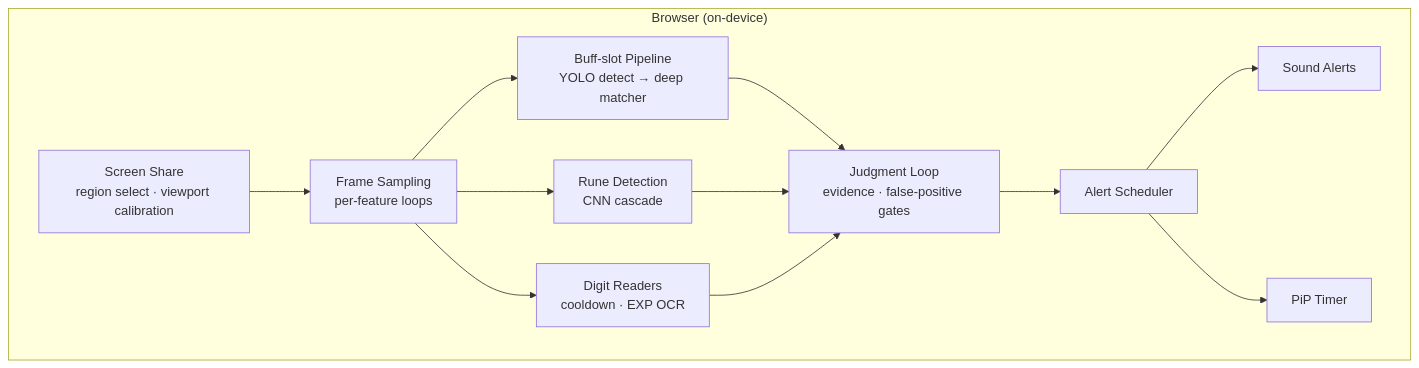
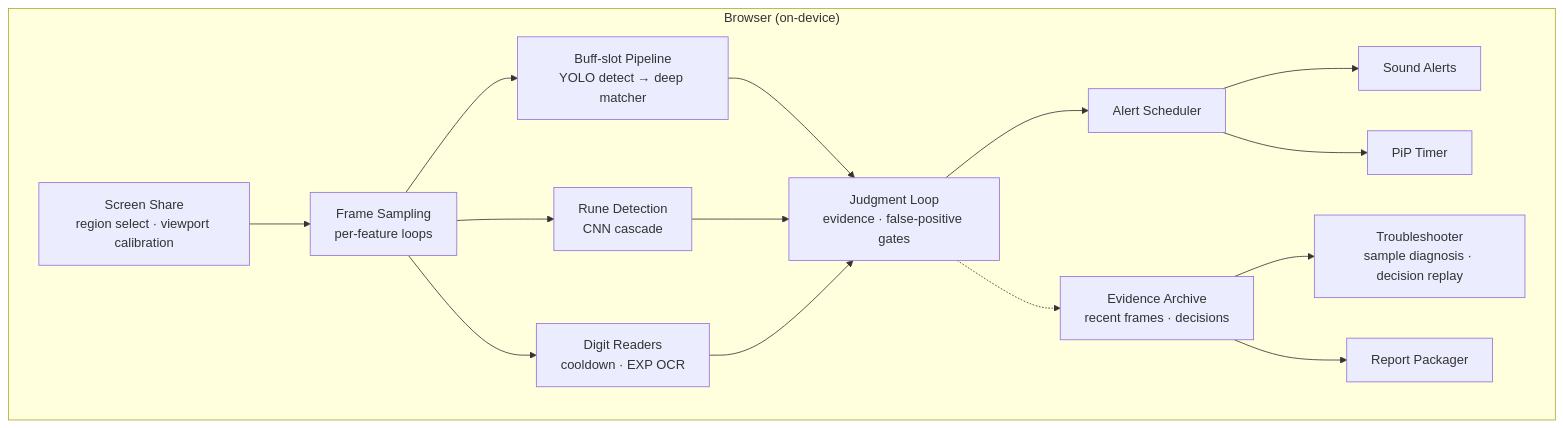
The first of 2 diagrams in README.md (maple-timer/maple-timer-web), drawn with Mermaid before and after one commit. The commit also changed other lines of this file, not shown here.

Commit message:
docs: admin desk and troubleshooter in the diagrams

````diff
--- a/README.md
+++ b/README.md
@@ -35,16 +35,19 @@
 ```mermaid
 flowchart LR
     subgraph B["Browser (on-device)"]
         direction LR
         C["Screen Share<br/>region select · viewport calibration"] --> S["Frame Sampling<br/>per-feature loops"]
         S --> W1["Buff-slot Pipeline<br/>YOLO detect → deep matcher"]
         S --> W2["Rune Detection<br/>CNN cascade"]
         S --> W3["Digit Readers<br/>cooldown · EXP OCR"]
         W1 --> J["Judgment Loop<br/>evidence · false-positive gates"]
         W2 --> J
         W3 --> J
         J --> A["Alert Scheduler"]
         A --> O1["Sound Alerts"]
         A --> O2["PiP Timer"]
+        J -.-> EV["Evidence Archive<br/>recent frames · decisions"]
+        EV --> TS["Troubleshooter<br/>sample diagnosis · decision replay"]
+        EV --> RP["Report Packager"]
     end
 ```
````
